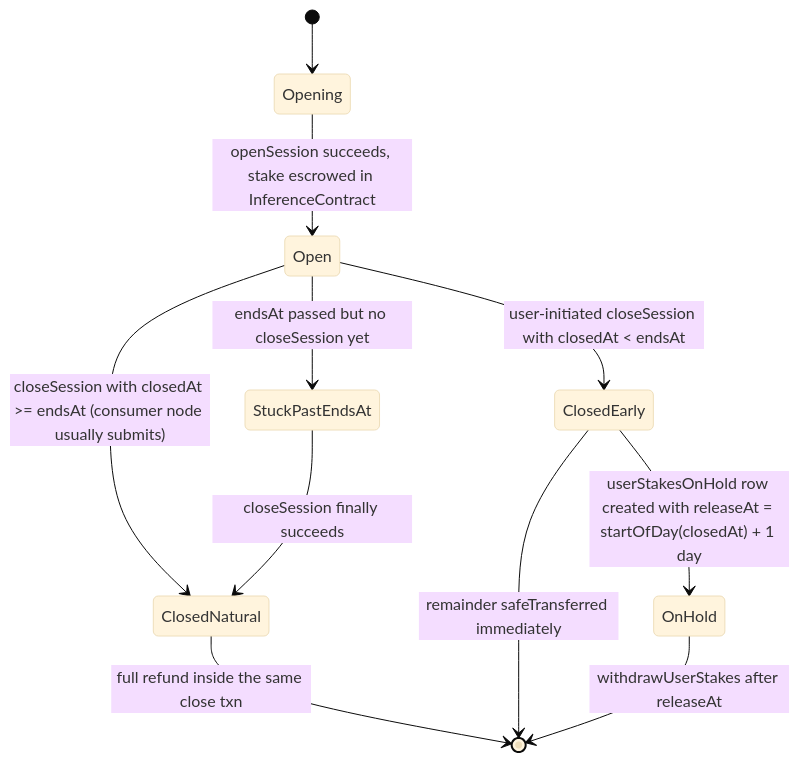
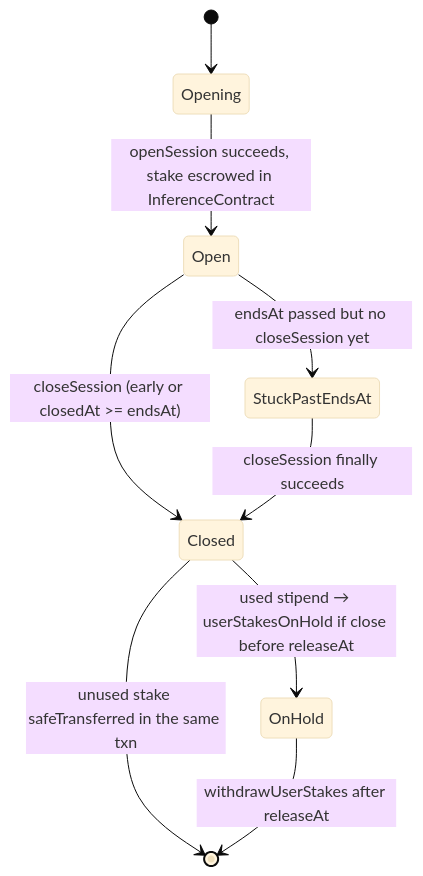
The diagram in docs/ai/session-states-open-close-recover.mdx (cowboycoderhq/Morpheus-Lumerin-Node), drawn with Mermaid (base theme) before and after one commit. The commit also changed other lines of this file and 13 other files, not shown here.

First line of the commit message:
docs: align consumer MOR / day-lock expectations with #830

````diff
--- a/docs/ai/session-states-open-close-recover.mdx
+++ b/docs/ai/session-states-open-close-recover.mdx
@@ -13,13 +13,11 @@
 ```mermaid
 stateDiagram-v2
   [*] --> Opening
   Opening --> Open: openSession succeeds, stake escrowed in InferenceContract
-  Open --> ClosedNatural: closeSession with closedAt >= endsAt (consumer node usually submits)
-  Open --> ClosedEarly: user-initiated closeSession with closedAt < endsAt
+  Open --> Closed: closeSession (early or closedAt >= endsAt)
   Open --> StuckPastEndsAt: endsAt passed but no closeSession yet
-  StuckPastEndsAt --> ClosedNatural: closeSession finally succeeds
-  ClosedNatural --> [*]: full refund inside the same close txn
-  ClosedEarly --> OnHold: userStakesOnHold row created with releaseAt = startOfDay(closedAt) + 1 day
-  ClosedEarly --> [*]: remainder safeTransferred immediately
+  StuckPastEndsAt --> Closed: closeSession finally succeeds
+  Closed --> [*]: unused stake safeTransferred in the same txn
+  Closed --> OnHold: used stipend → userStakesOnHold if close before releaseAt
   OnHold --> [*]: withdrawUserStakes after releaseAt
 ```
````
